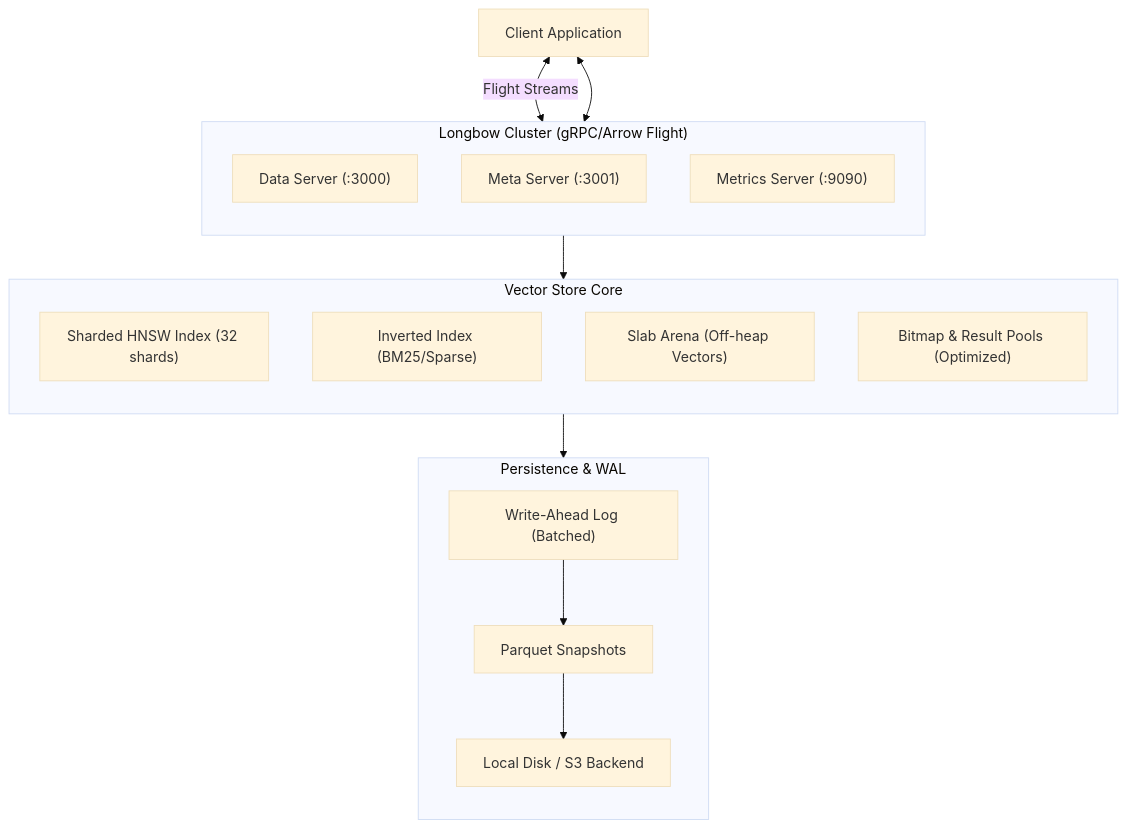
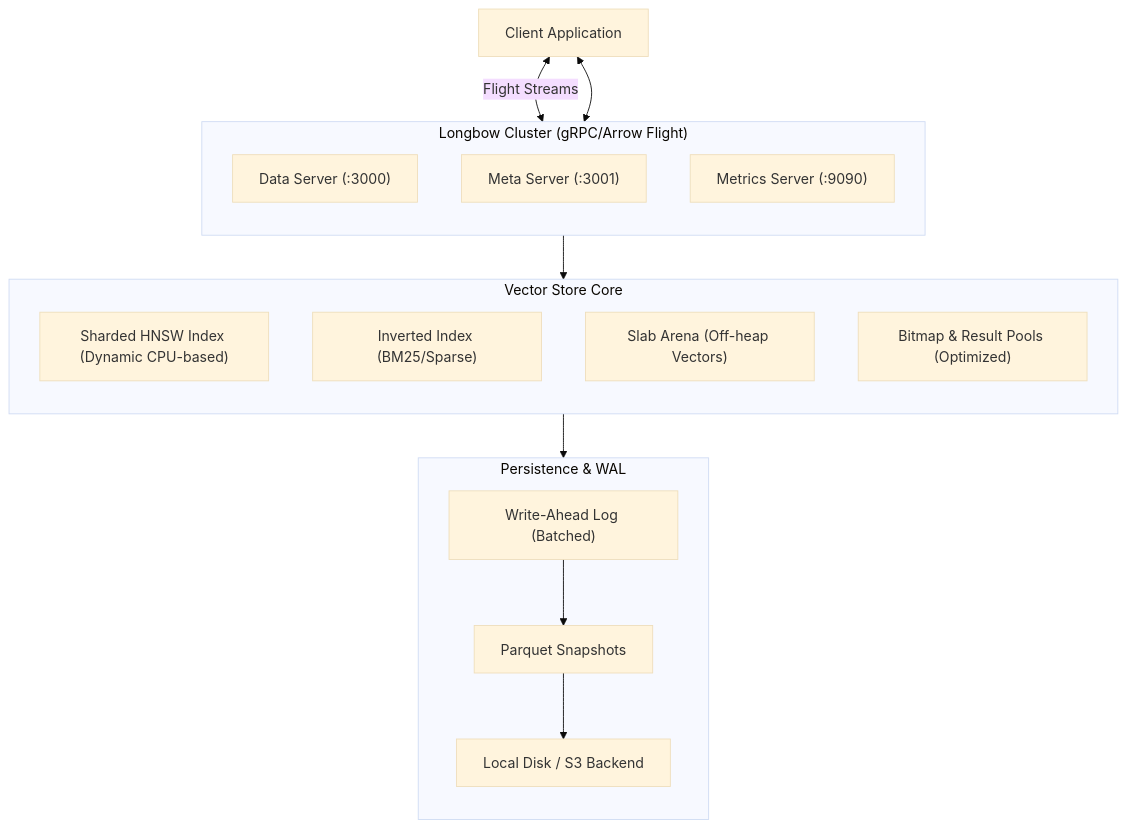
Before and after one commit to 23skdu/longbow: the diagram in docs/README.md, drawn with Mermaid (base theme). The commit also changed other lines of this file and 26 other files, not shown here.

````diff
--- a/docs/README.md
+++ b/docs/README.md
@@ -8,33 +8,33 @@
 ```mermaid
 graph TB
     Client["Client Application"]
     
     subgraph LB["Longbow Cluster (gRPC/Arrow Flight)"]
         direction TB
         DS["Data Server (:3000)"]
         MS["Meta Server (:3001)"]
         Metrics["Metrics Server (:9090)"]
     end
 
     subgraph Core["Vector Store Core"]
         direction TB
-        Shards["Sharded HNSW Index (32 shards)"]
+        Shards["Sharded HNSW Index (Dynamic CPU-based)"]
         Sparse["Inverted Index (BM25/Sparse)"]
         Arena["Slab Arena (Off-heap Vectors)"]
         Pool["Bitmap & Result Pools (Optimized)"]
     end
 
     subgraph Durability["Persistence & WAL"]
         direction TB
         WAL["Write-Ahead Log (Batched)"]
         Snap["Parquet Snapshots"]
         Storage["Local Disk / S3 Backend"]
     end
 
     Client <-->|"Flight Streams"| DS
     Client <--> MS
     LB --> Core
     Core --> WAL
     WAL --> Snap
     Snap --> Storage
 ```
````
